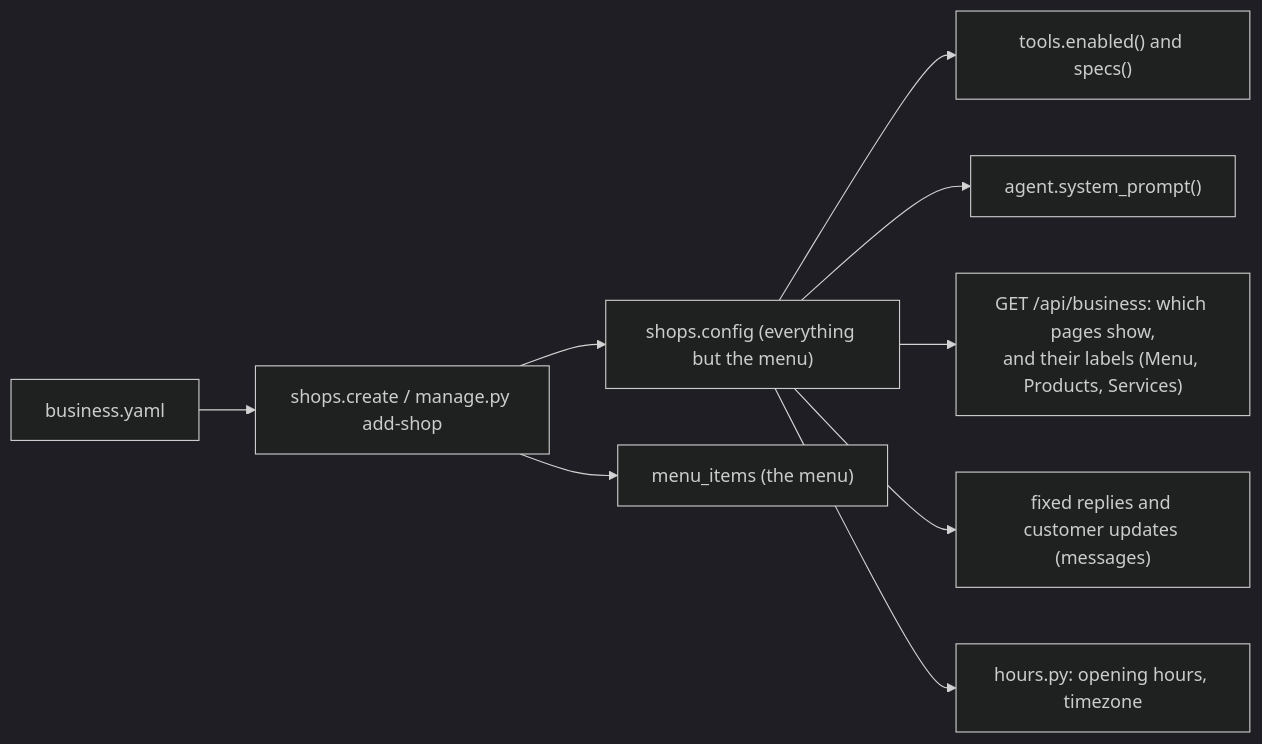
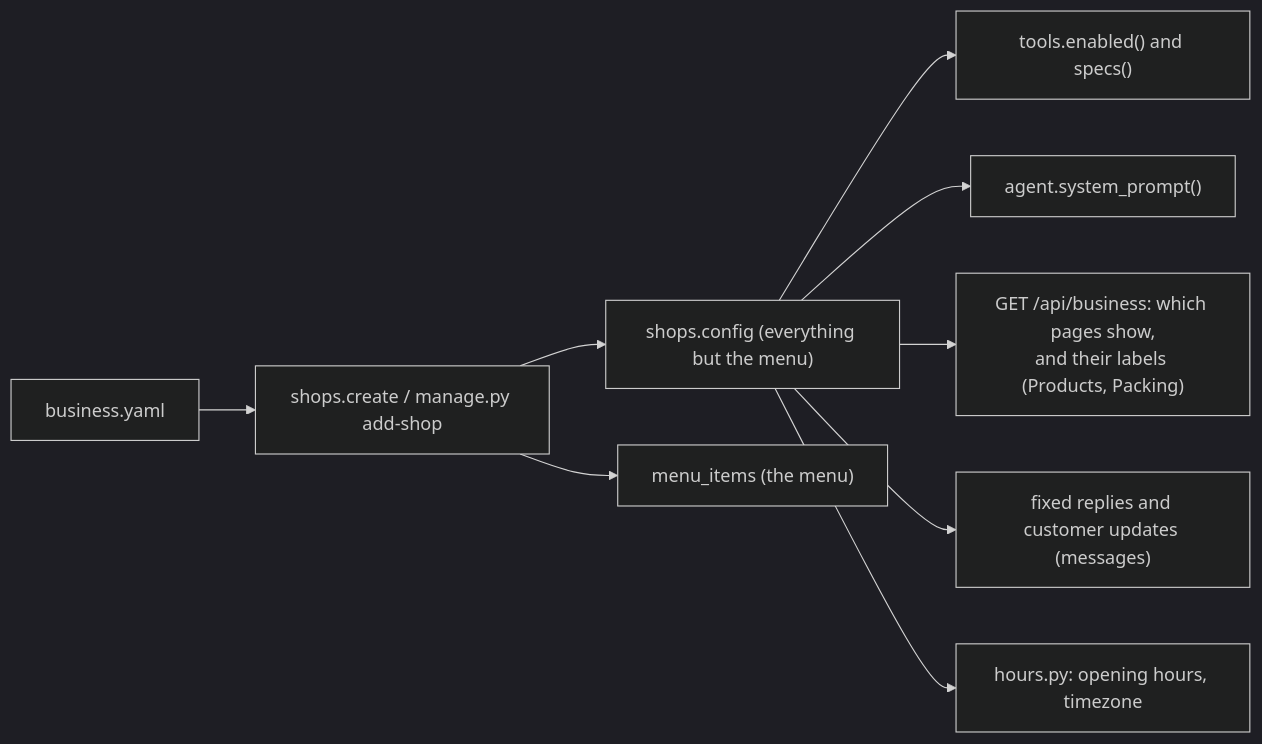
Before and after one commit to NiloyBhattacharjee/MITUai: diagram 22 of 25 in README.md, drawn with Mermaid (dark theme). The commit also changed other lines of this file and 26 other files, not shown here.

````diff
--- a/README.md
+++ b/README.md
@@ -855,11 +771,11 @@
 ```mermaid
 flowchart LR
     F["business.yaml"] --> SH["shops.create / manage.py add-shop"]
     SH --> C["shops.config (everything but the menu)"]
     SH --> MI["menu_items (the menu)"]
     C --> T["tools.enabled() and specs()"]
     C --> P["agent.system_prompt()"]
-    C --> PG["GET /api/business: which pages show,<br/>and their labels (Menu, Products, Services)"]
+    C --> PG["GET /api/business: which pages show,<br/>and their labels (Products, Packing)"]
     C --> MSG["fixed replies and customer updates (messages)"]
     C --> H["hours.py: opening hours, timezone"]
 ```
````
